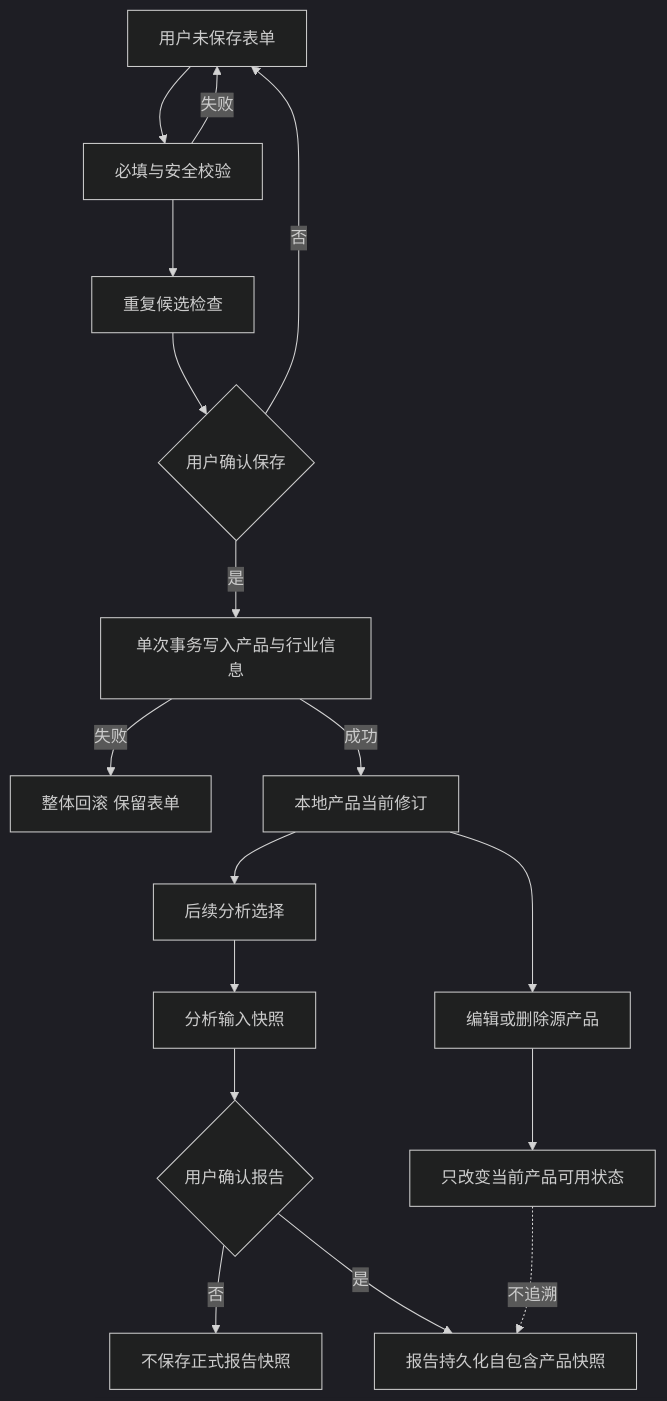
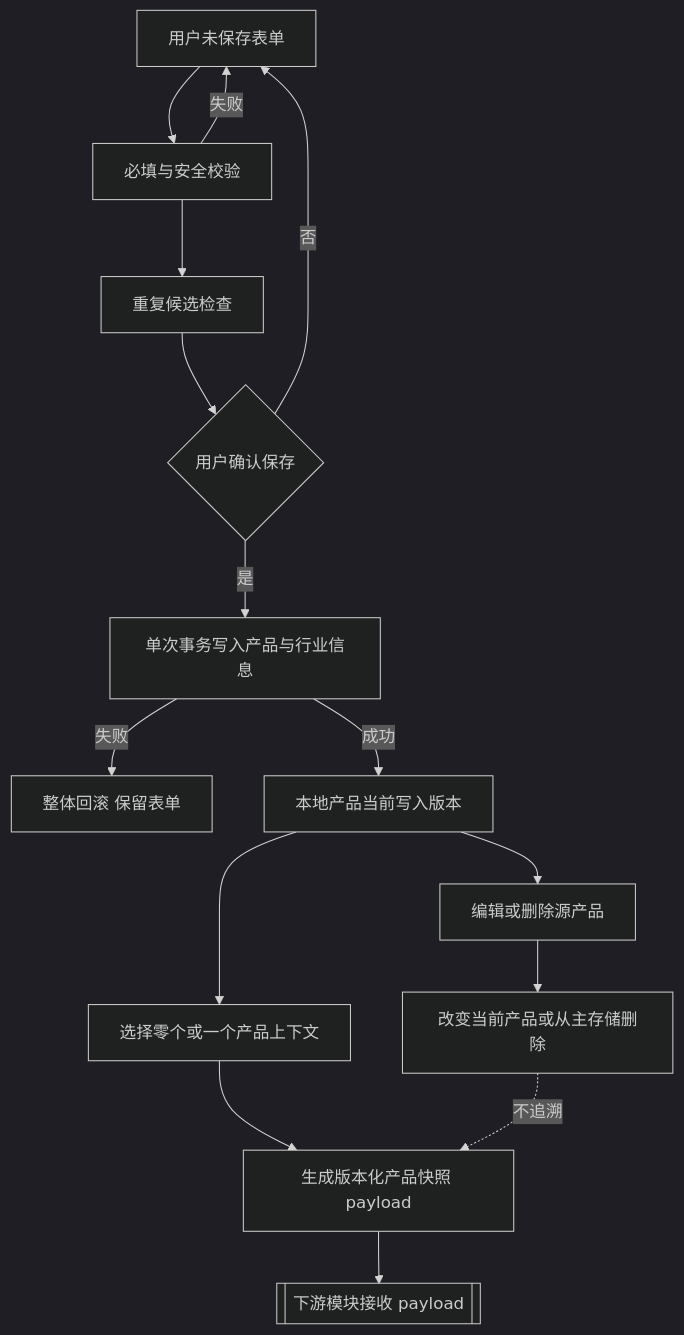
Before and after one commit to wzhic/material: the third of 3 diagrams in docs/requirements/产品库-REQ-0003/产品库-REQ-0003-v1.0.md, drawn with Mermaid (dark theme). The commit also changed other lines of this file and 1 other file, not shown here.

````diff
--- a/docs/requirements/产品库-REQ-0003/产品库-REQ-0003-v1.0.md
+++ b/docs/requirements/产品库-REQ-0003/产品库-REQ-0003-v1.0.md
@@ -349,19 +359,17 @@
 ```mermaid
 flowchart TD
     A[用户未保存表单] --> B[必填与安全校验]
     B -->|失败| A
     B --> C[重复候选检查]
     C --> D{用户确认保存}
     D -- 否 --> A
     D -- 是 --> E[单次事务写入产品与行业信息]
     E -->|失败| F[整体回滚 保留表单]
-    E -->|成功| G[本地产品当前修订]
-    G --> H[后续分析选择]
-    H --> I[分析输入快照]
-    I --> J{用户确认报告}
-    J -- 否 --> K[不保存正式报告快照]
-    J -- 是 --> L[报告持久化自包含产品快照]
+    E -->|成功| G[本地产品当前写入版本]
+    G --> H[选择零个或一个产品上下文]
+    H --> I[生成版本化产品快照 payload]
+    I --> J[[下游模块接收 payload]]
     G --> M[编辑或删除源产品]
-    M --> N[只改变当前产品可用状态]
-    N -. 不追溯 .-> L
+    M --> N[改变当前产品或从主存储删除]
+    N -. 不追溯 .-> I
 ```
````
